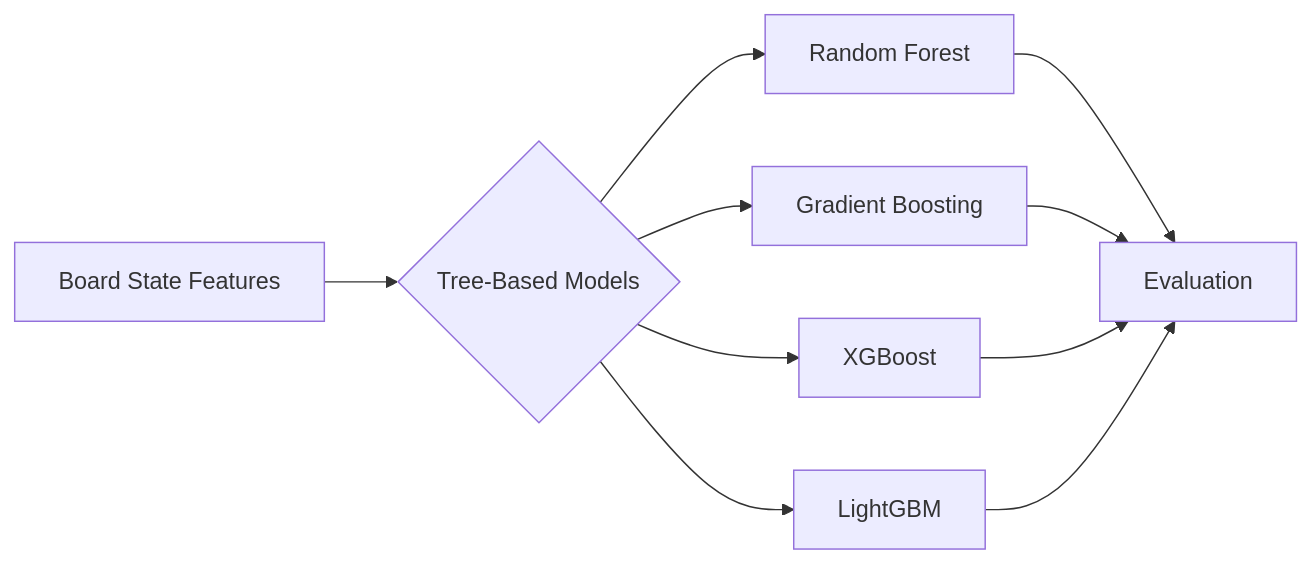
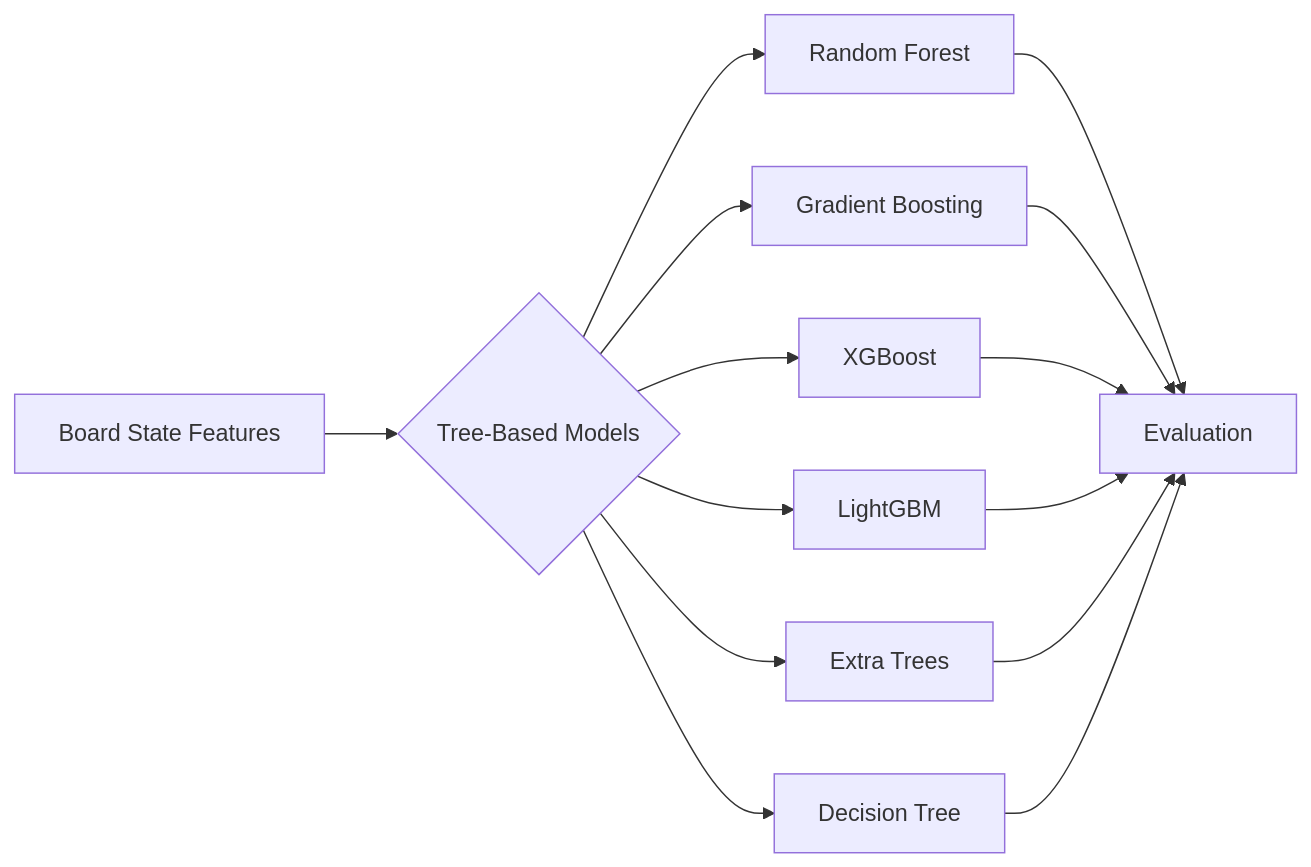
Before and after one commit to Evintkoo/2048-ml: the third of 6 diagrams in plan/05-Model/01-Algorithm/01-algorithm-research.md, drawn with Mermaid. The commit also changed other lines of this file and 14 other files, not shown here.

````diff
--- a/plan/05-Model/01-Algorithm/01-algorithm-research.md
+++ b/plan/05-Model/01-Algorithm/01-algorithm-research.md
@@ -54,12 +86,16 @@
 ```mermaid
 flowchart LR
     A[Board State Features] --> B{Tree-Based Models}
     B --> C[Random Forest]
     B --> D[Gradient Boosting]
     B --> E[XGBoost]
     B --> F[LightGBM]
-    C --> G[Evaluation]
-    D --> G
-    E --> G
-    F --> G
+    B --> G[Extra Trees]
+    B --> H[Decision Tree]
+    C --> I[Evaluation]
+    D --> I
+    E --> I
+    F --> I
+    G --> I
+    H --> I
 ```
````
